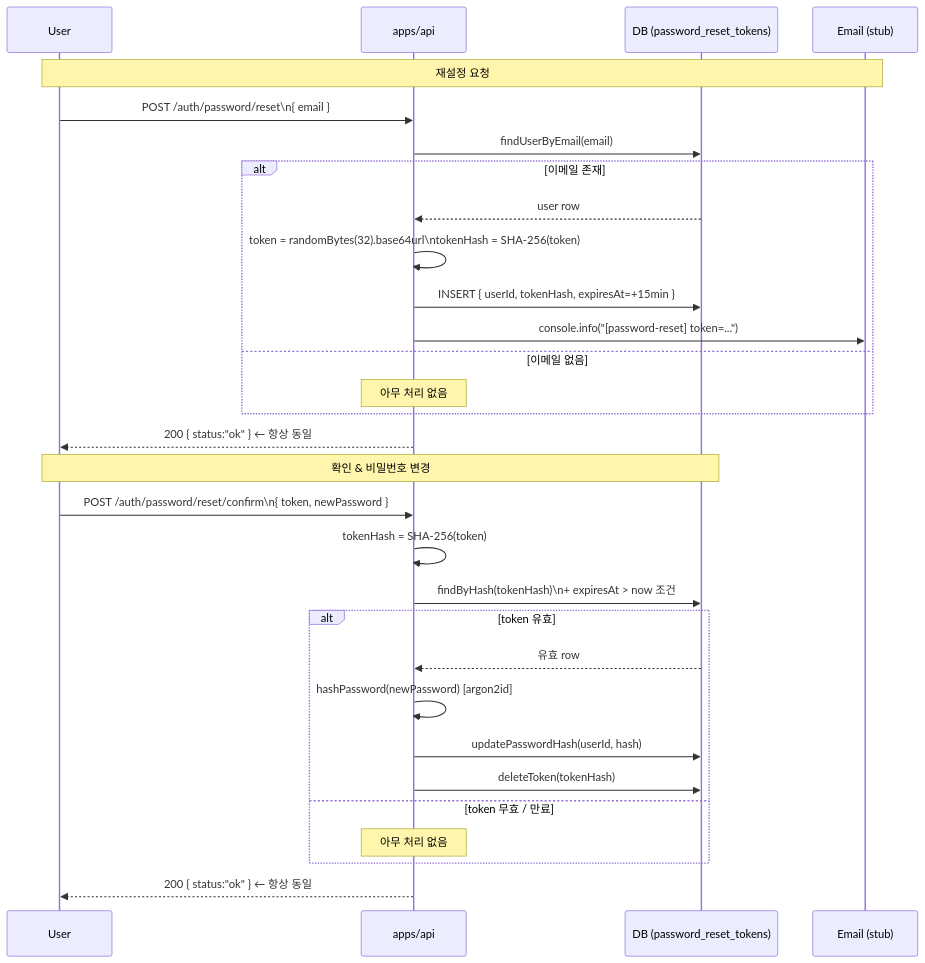
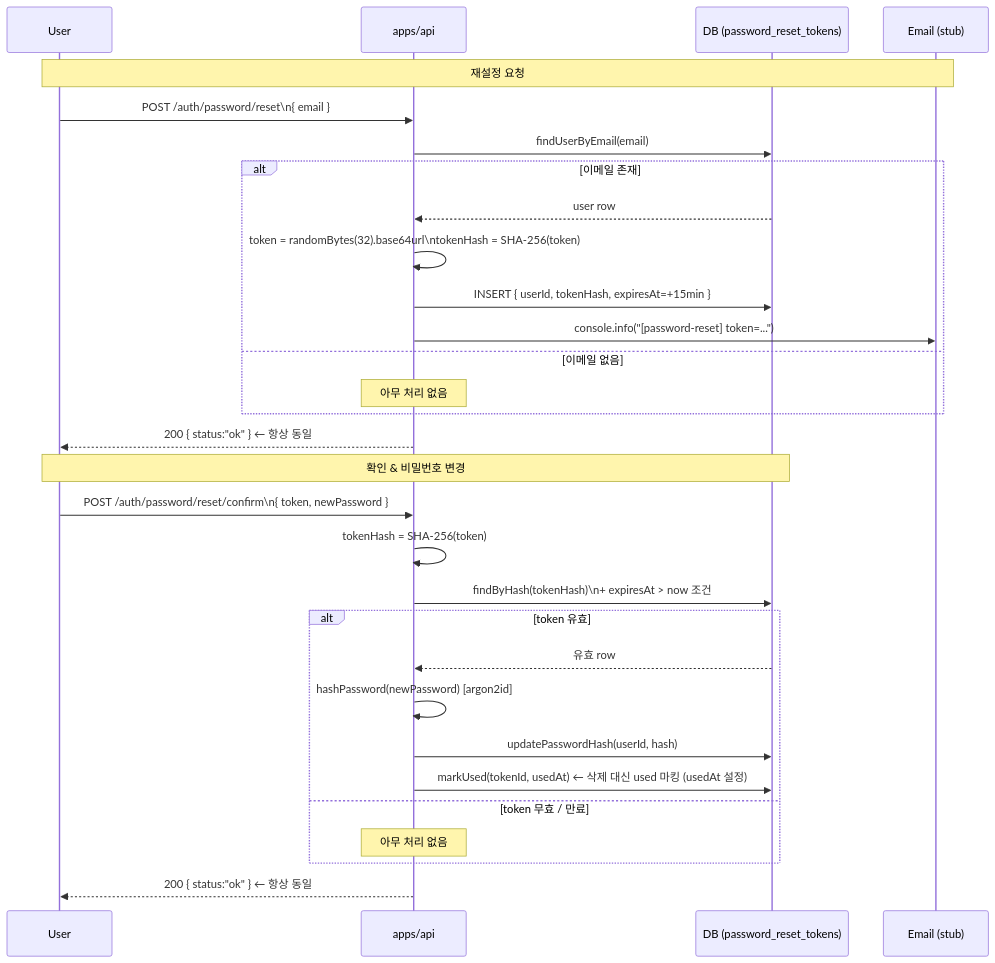
One commit to Changsik00/service-foundry changed the diagram in docs/explainers/auth/password-reset-flow.md. Above: the diagram before and after it, drawn with Mermaid. The commit also changed other lines of this file and 7 other files, not shown here.

````diff
--- a/docs/explainers/auth/password-reset-flow.md
+++ b/docs/explainers/auth/password-reset-flow.md
@@ -18,34 +18,34 @@
 ```mermaid
 sequenceDiagram
     participant U as User
     participant API as apps/api
     participant DB as DB (password_reset_tokens)
     participant Email as Email (stub)
 
     Note over U,Email: 재설정 요청
     U->>API: POST /auth/password/reset\n{ email }
     API->>DB: findUserByEmail(email)
     alt 이메일 존재
         DB-->>API: user row
         API->>API: token = randomBytes(32).base64url\ntokenHash = SHA-256(token)
         API->>DB: INSERT { userId, tokenHash, expiresAt=+15min }
         API->>Email: console.info("[password-reset] token=...")
     else 이메일 없음
         Note over API: 아무 처리 없음
     end
     API-->>U: 200 { status:"ok" }  ← 항상 동일
 
     Note over U,DB: 확인 & 비밀번호 변경
     U->>API: POST /auth/password/reset/confirm\n{ token, newPassword }
     API->>API: tokenHash = SHA-256(token)
     API->>DB: findByHash(tokenHash)\n+ expiresAt > now 조건
     alt token 유효
         DB-->>API: 유효 row
         API->>API: hashPassword(newPassword) [argon2id]
         API->>DB: updatePasswordHash(userId, hash)
-        API->>DB: deleteToken(tokenHash)
+        API->>DB: markUsed(tokenId, usedAt)  ← 삭제 대신 used 마킹 (usedAt 설정)
     else token 무효 / 만료
         Note over API: 아무 처리 없음
     end
     API-->>U: 200 { status:"ok" }  ← 항상 동일
 ```
````
